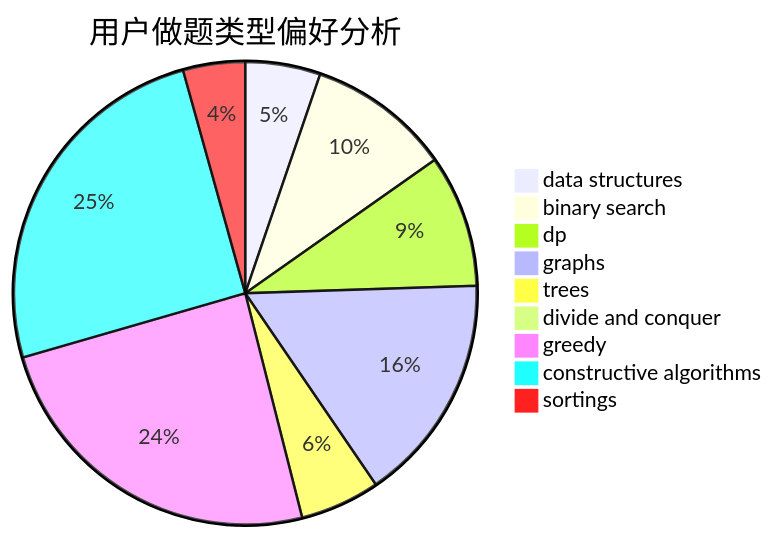
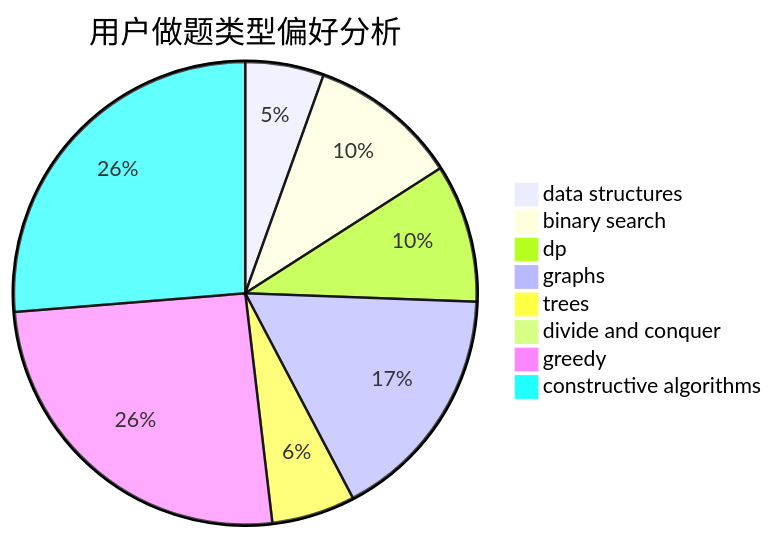
One commit to sherpahu/cfrs.github.io changed the second of 3 diagrams in docs/user/u188.md. Above: the diagram before and after it, drawn with Mermaid. The commit also changed other lines of this file and 2769 other files, not shown here.

````diff
--- a/docs/user/u188.md
+++ b/docs/user/u188.md
@@ -18,12 +18,11 @@
 ```mermaid
 pie title 用户做题类型偏好分析
     "data structures" :  63
     "binary search" :  120
     "dp" :  111
     "graphs" :  192
     "trees" :  67
     "divide and conquer" :  0
     "greedy" :  294
     "constructive algorithms" :  302
-    "sortings" :  52
 ```
````
